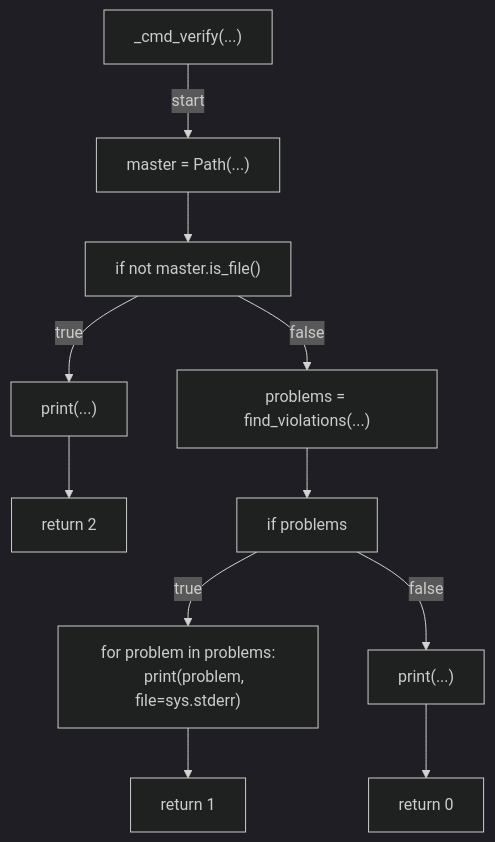
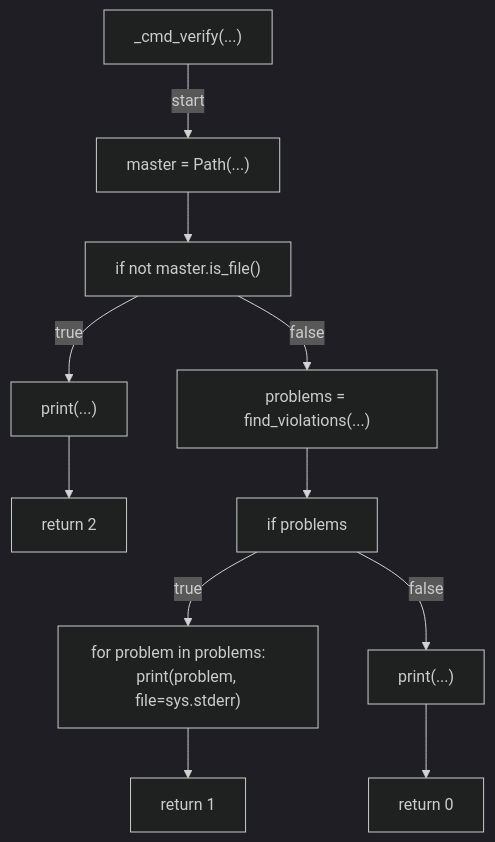
Before and after one commit to tvna/claude-md: the second of 3 diagrams in docs/generated/scripts/ast/scan_nonexhaustive_invariant_drift.md, drawn with Mermaid (dark theme). The commit also changed other lines of this file and 23 other files, not shown here.

First line of the commit message:
docs(generated): regenerate decision tree and workflow diagrams (batch 4/5)

````diff
--- a/docs/generated/scripts/ast/scan_nonexhaustive_invariant_drift.md
+++ b/docs/generated/scripts/ast/scan_nonexhaustive_invariant_drift.md
@@ -29,25 +22,24 @@
 ```mermaid
 flowchart TD
     N001["_cmd_verify(...)"]
     N002["master = Path(...)"]
     N003["if not master.is_file()"]
     N004["print(...)"]
     N005["return 2"]
     N006["problems = find_violations(...)"]
     N007["if problems"]
-    N008["for problem in problems:
-    print(problem, file=sys.stderr)"]
+    N008["for problem in problems:     print(problem, file=sys.stderr)"]
     N009["return 1"]
     N010["print(...)"]
     N011["return 0"]
     N001 -->|"start"| N002
     N002 --> N003
     N003 -->|"true"| N004
     N004 --> N005
     N003 -->|"false"| N006
     N006 --> N007
     N007 -->|"true"| N008
     N008 --> N009
     N007 -->|"false"| N010
     N010 --> N011
 ```
````
